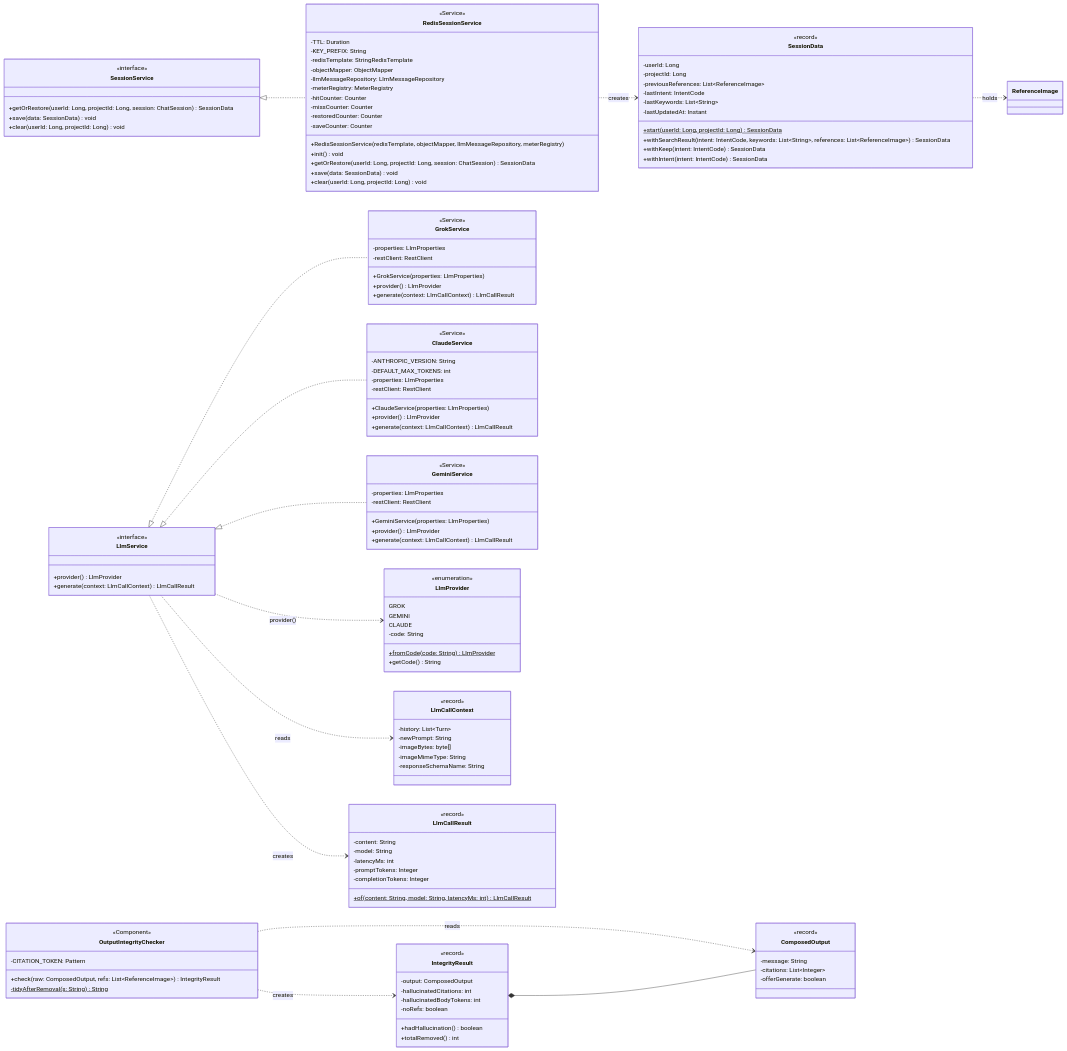
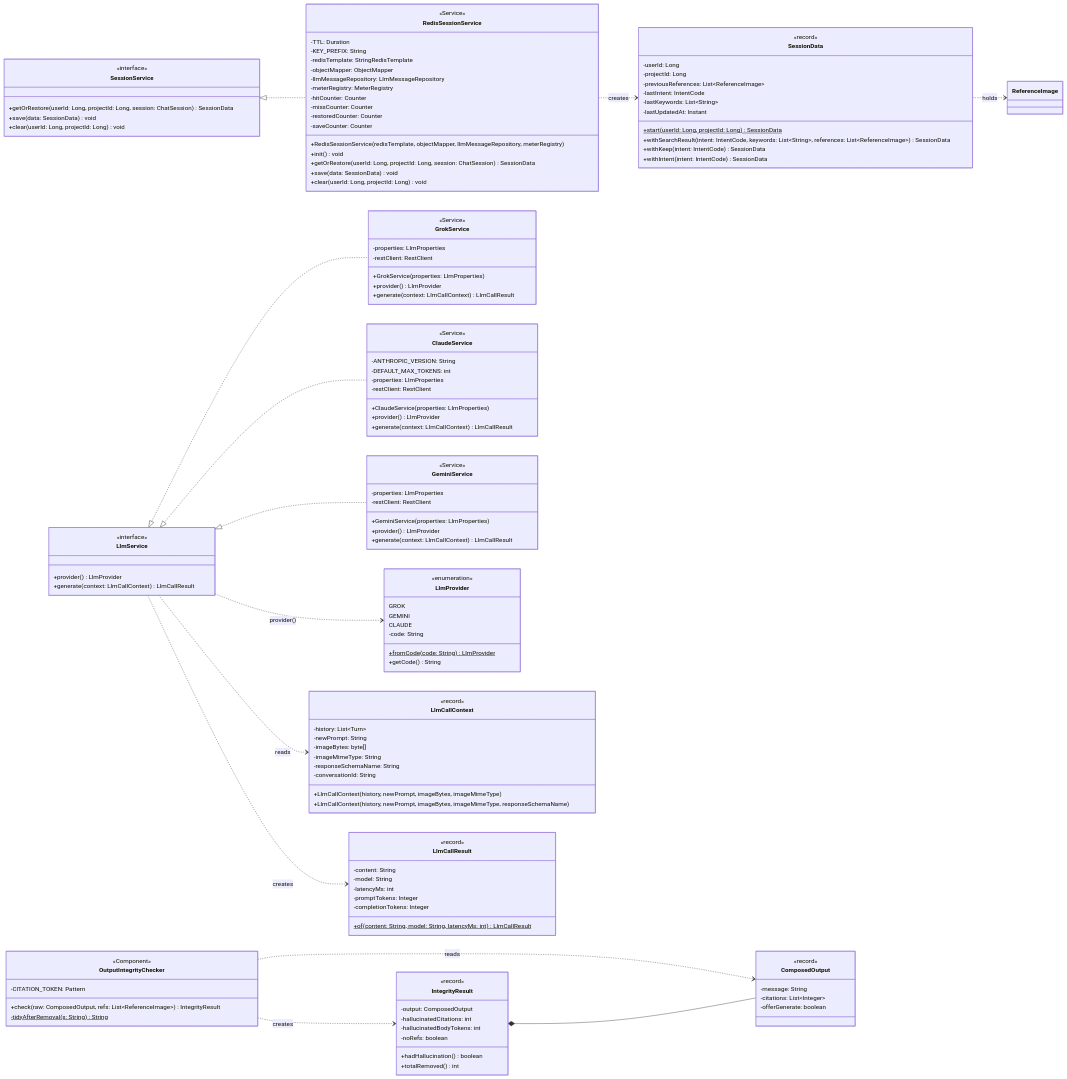
One commit to DraWeTeam/drawe changed the diagram in docs/SDS/classDiagram/sessionProviderOutputClassDiagram.md. Above: the diagram before and after it, drawn with Mermaid. The commit also changed other lines of this file and 20 other files, not shown here.

```diff
--- a/docs/SDS/classDiagram/sessionProviderOutputClassDiagram.md
+++ b/docs/SDS/classDiagram/sessionProviderOutputClassDiagram.md
@@ -100,6 +100,9 @@
         -imageBytes: byte[]
         -imageMimeType: String
         -responseSchemaName: String
+        -conversationId: String
+        +LlmCallContext(history, newPrompt, imageBytes, imageMimeType)
+        +LlmCallContext(history, newPrompt, imageBytes, imageMimeType, responseSchemaName)
     }
 
     class LlmCallResult {
```
